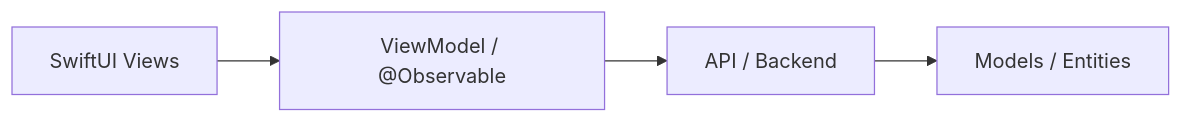
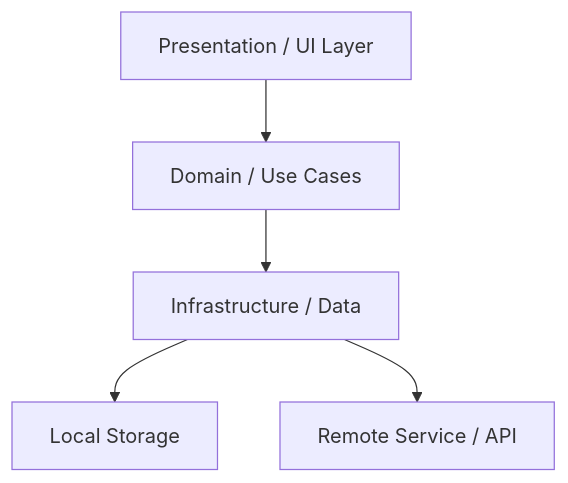
Before and after one commit to Agent-Rules-Ecosystem/swift-agent-rules: the diagram in templates/architecture.md, drawn with Mermaid. The commit also changed other lines of this file and 1 other file, not shown here.

Commit message:
fix(arch): align $archi with ARCHITECTURE_STANDARD.md v1.1 (Hub & Spoke + migration protocol)

````diff
--- a/templates/architecture.md
+++ b/templates/architecture.md
@@ -5,6 +16,7 @@
 ```mermaid
-graph LR
-    UI[SwiftUI Views] --> State[ViewModel / @Observable]
-    State --> Service[API / Backend]
-    Service --> Model[Models / Entities]
+graph TD
+    UI[Presentation / UI Layer] --> DOMAIN[Domain / Use Cases]
+    DOMAIN --> INFRA[Infrastructure / Data]
+    INFRA --> LOCAL[Local Storage]
+    INFRA --> REMOTE[Remote Service / API]
 ```
````
